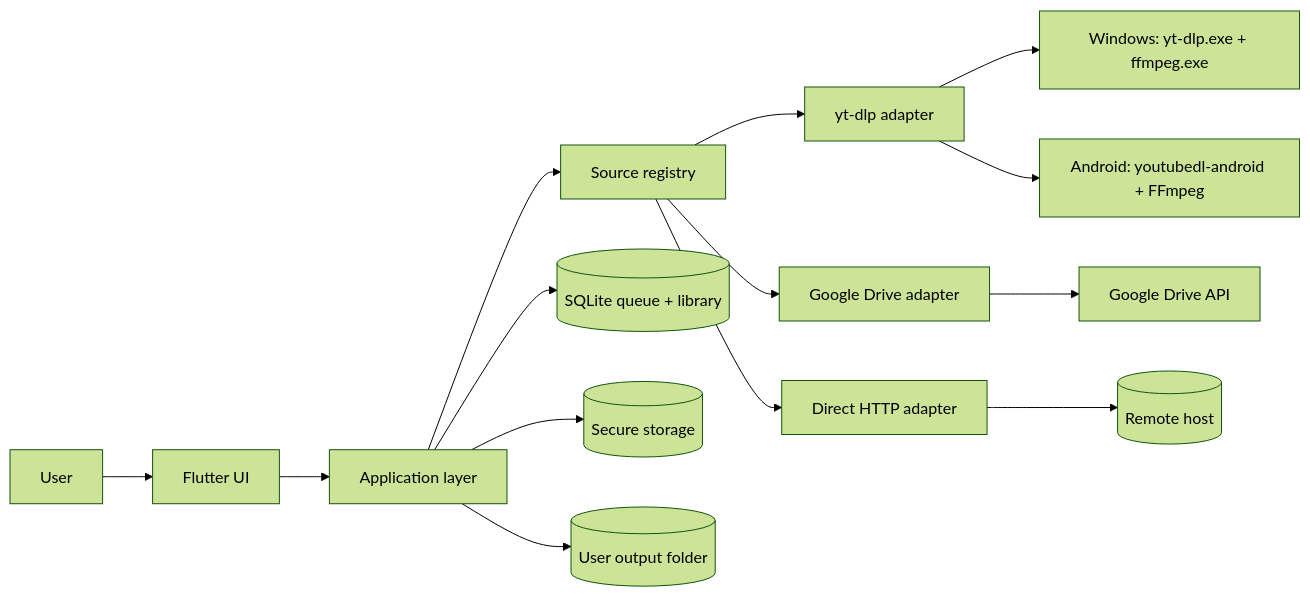
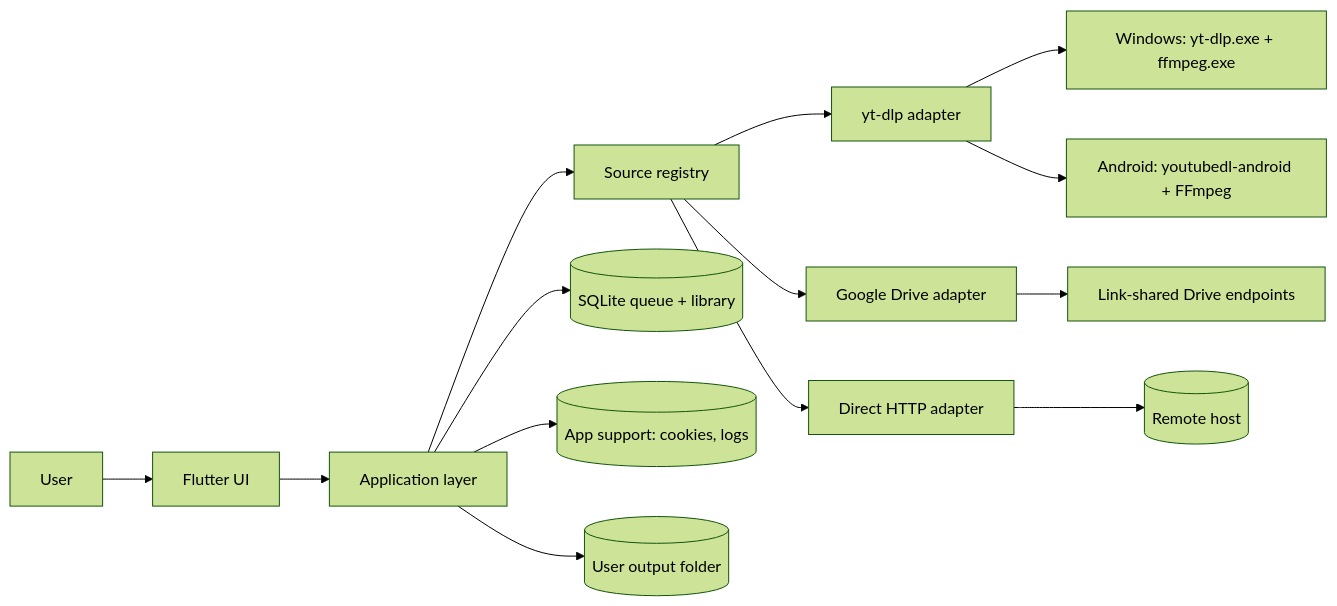
One commit to Aws-Nassar/MediaFlow_Video_Downloader changed the diagram in specs/001-rebuild/architecture.md. Above: the diagram before and after it, drawn with Mermaid (forest theme). The commit also changed other lines of this file and 7 other files, not shown here.

Commit message:
docs(specs): switch rebuild to link-shared Drive and batch summaries

````diff
--- a/specs/001-rebuild/architecture.md
+++ b/specs/001-rebuild/architecture.md
@@ -5,16 +5,16 @@
 ```mermaid
 flowchart LR
   User[User] --> UI[Flutter UI]
   UI --> App[Application layer]
   App --> Registry[Source registry]
   Registry --> YT[yt-dlp adapter]
   Registry --> Drive[Google Drive adapter]
   Registry --> HTTP[Direct HTTP adapter]
   YT --> Win[Windows: yt-dlp.exe + ffmpeg.exe]
   YT --> And[Android: youtubedl-android + FFmpeg]
-  Drive --> Google[Google Drive API]
+  Drive --> Google[Link-shared Drive endpoints]
   HTTP --> Net[(Remote host)]
   App --> DB[(SQLite queue + library)]
-  App --> Secrets[(Secure storage)]
+  App --> Local[(App support: cookies, logs)]
   App --> Files[(User output folder)]
 ```
````
